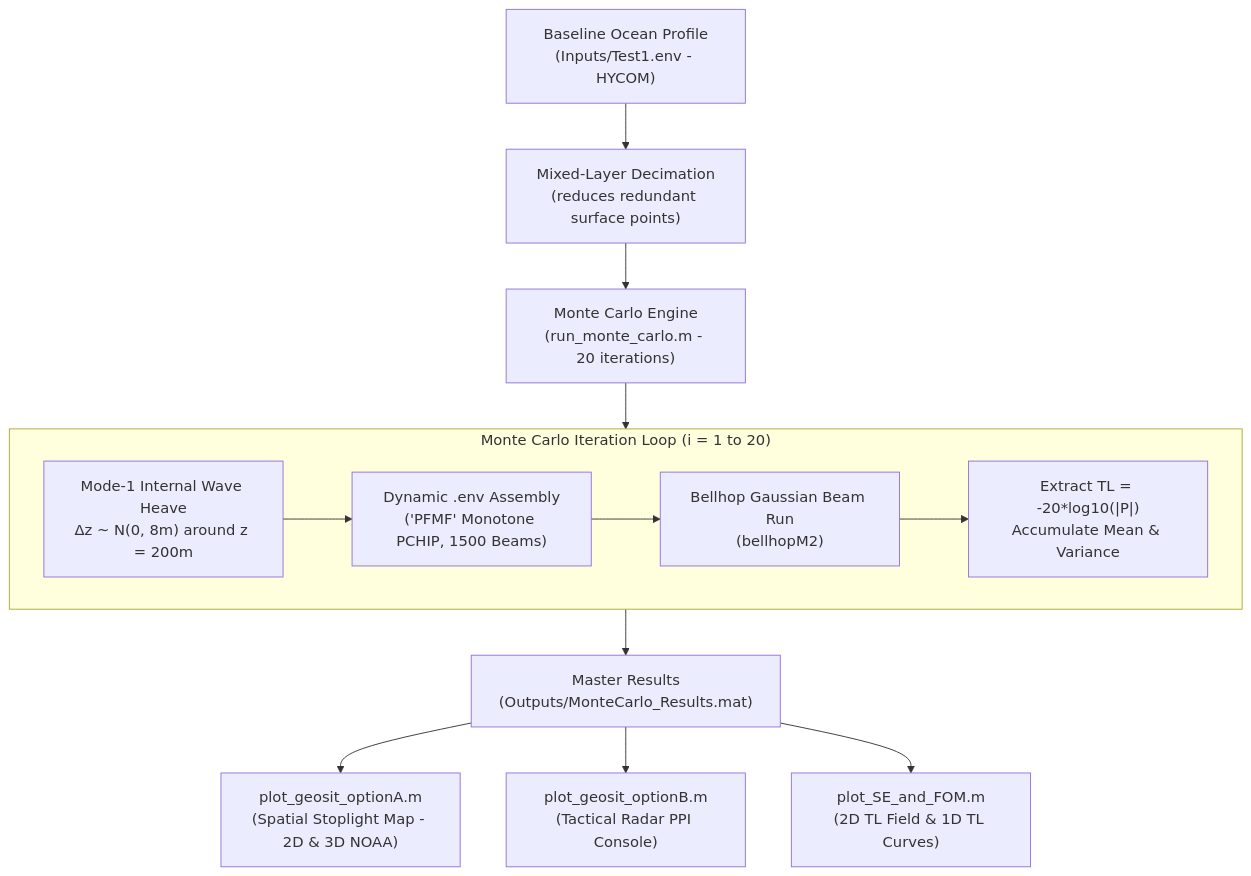
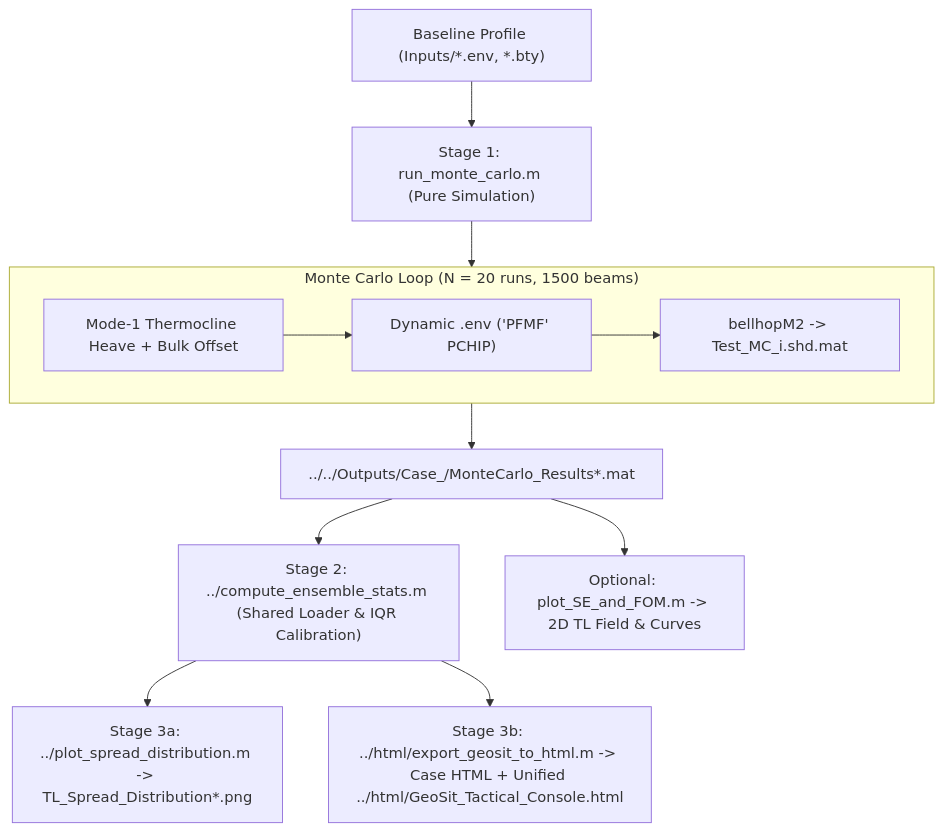
Before and after one commit to yfz88/navy212-tactical-geosit: the diagram in MVP/monte_carlo/README.md, drawn with Mermaid. The commit also changed other lines of this file and 223 other files, not shown here.

First line of the commit message:
Refactor workflow with adaptive IQR stats, Case 3 (100m), top-header sensor switcher, and clean repo layout

````diff
--- a/MVP/monte_carlo/README.md
+++ b/MVP/monte_carlo/README.md
@@ -5,15 +11,14 @@
 ```mermaid
 flowchart TD
-    A["Baseline Ocean Profile<br/>(Inputs/Test1.env - HYCOM)"] --> B["Mixed-Layer Decimation<br/>(reduces redundant surface points)"]
-    B --> C["Monte Carlo Engine<br/>(run_monte_carlo.m - 20 iterations)"]
-    subgraph Monte_Carlo_Loop ["Monte Carlo Iteration Loop (i = 1 to 20)"]
-        D["Mode-1 Internal Wave Heave<br/>Δz ~ N(0, 8m) around z = 200m"] --> E["Dynamic .env Assembly<br/>('PFMF' Monotone PCHIP, 1500 Beams)"]
-        E --> F["Bellhop Gaussian Beam Run<br/>(bellhopM2)"]
-        F --> G["Extract TL = -20*log10(|P|)<br/>Accumulate Mean & Variance"]
+    A["Baseline Profile (Inputs/*.env, *.bty)"] --> B["Stage 1: run_monte_carlo.m (Pure Simulation)"]
+    subgraph MC ["Monte Carlo Loop (N = 20 runs, 1500 beams)"]
+        C["Mode-1 Thermocline Heave + Bulk Offset"] --> D["Dynamic .env ('PFMF' PCHIP)"]
+        D --> E["bellhopM2 -> Test_MC_i.shd.mat"]
     end
-    C --> Monte_Carlo_Loop
-    Monte_Carlo_Loop --> H["Master Results<br/>(Outputs/MonteCarlo_Results.mat)"]
-    H --> I["plot_geosit_optionA.m<br/>(Spatial Stoplight Map - 2D & 3D NOAA)"]
-    H --> J["plot_geosit_optionB.m<br/>(Tactical Radar PPI Console)"]
-    H --> K["plot_SE_and_FOM.m<br/>(2D TL Field & 1D TL Curves)"]
+    B --> MC
+    MC --> F["../../Outputs/Case_<N>/MonteCarlo_Results*.mat"]
+    F --> G["Stage 2: ../compute_ensemble_stats.m (Shared Loader & IQR Calibration)"]
+    G --> H["Stage 3a: ../plot_spread_distribution.m -> TL_Spread_Distribution*.png"]
+    G --> I["Stage 3b: ../html/export_geosit_to_html.m -> Case HTML + Unified ../html/GeoSit_Tactical_Console.html"]
+    F --> J["Optional: plot_SE_and_FOM.m -> 2D TL Field & Curves"]
 ```
````
